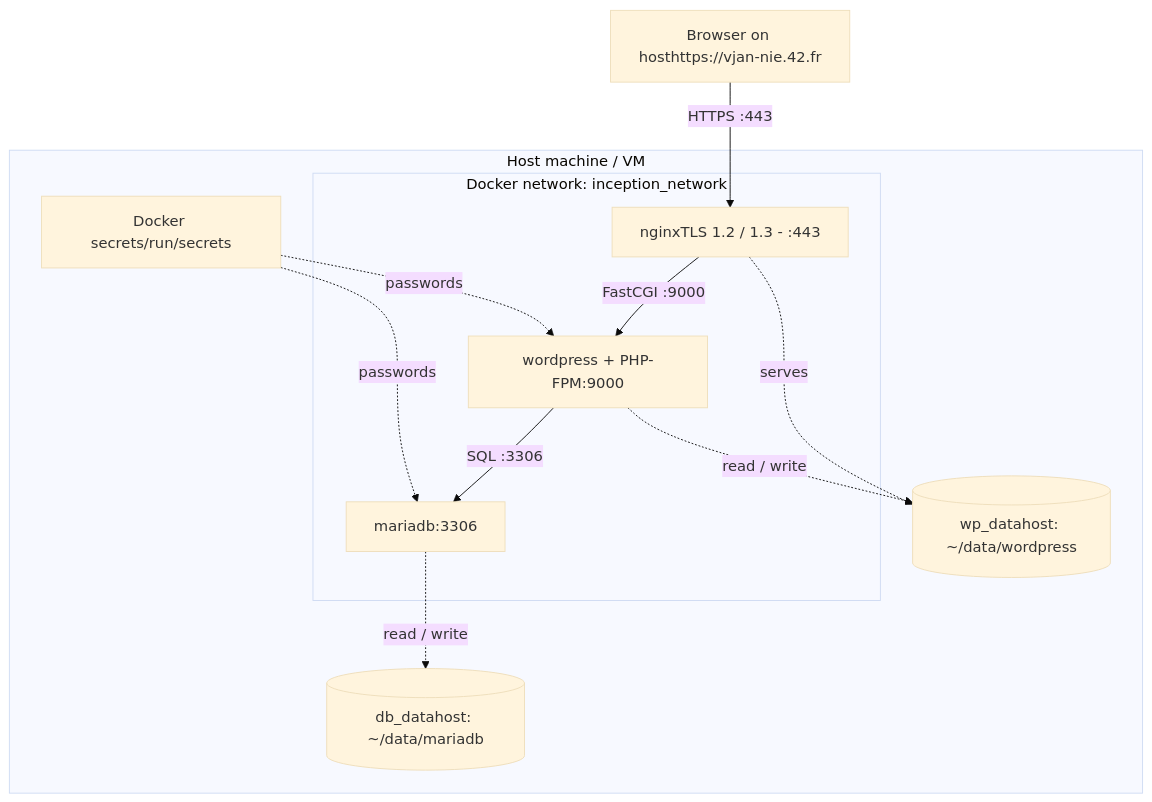
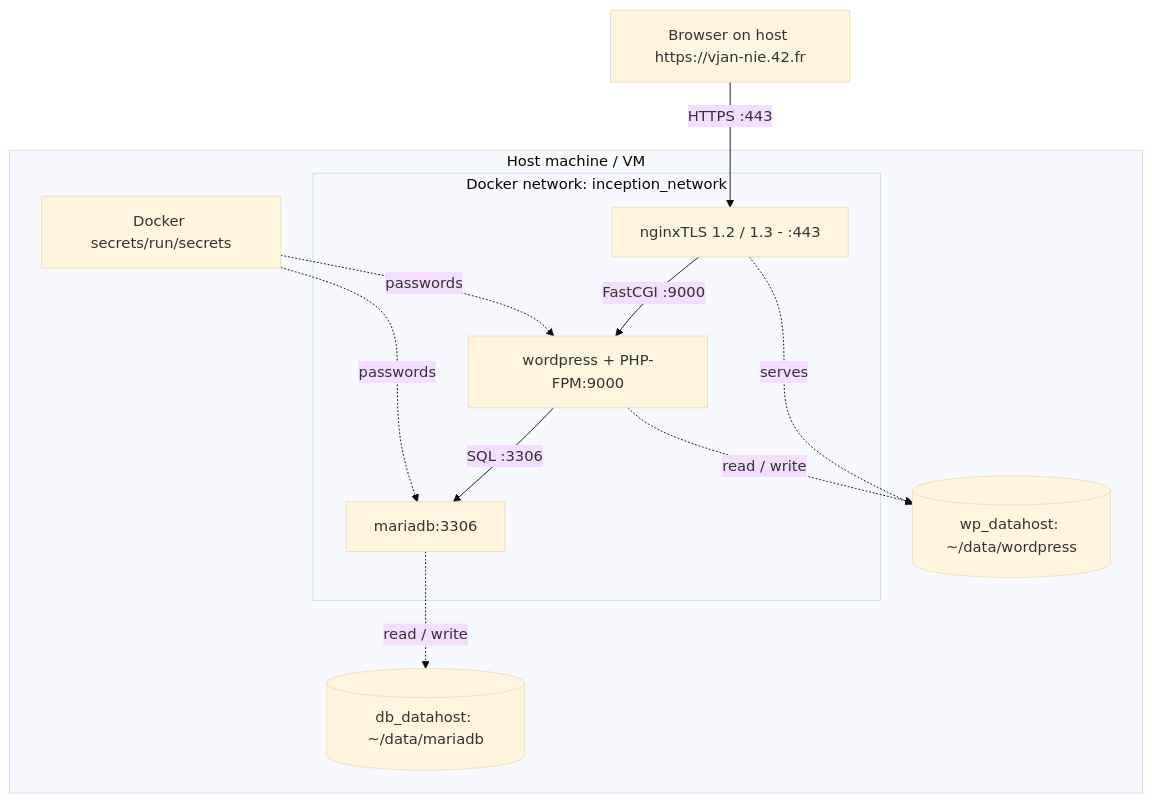
The diagram in README.md (vjan-nie/Inception), drawn with Mermaid (base theme) before and after one commit.

Commit message:
Correct browser host URL formatting
Fix formatting of browser host URL in README.

````diff
--- a/README.md
+++ b/README.md
@@ -11,24 +11,24 @@
 ```mermaid
 flowchart TB
-    browser["Browser on hosthttps://vjan-nie.42.fr"]
+    browser["Browser on host https://vjan-nie.42.fr"]
 
     subgraph host["Host machine / VM"]
         subgraph net["Docker network: inception_network"]
             nginx["nginxTLS 1.2 / 1.3 - :443"]
             wp["wordpress + PHP-FPM:9000"]
             db["mariadb:3306"]
         end
         wpvol[("wp_datahost: ~/data/wordpress")]
         dbvol[("db_datahost: ~/data/mariadb")]
         secrets["Docker secrets/run/secrets"]
     end
 
     browser -->|"HTTPS :443"| nginx
     nginx -->|"FastCGI :9000"| wp
     wp -->|"SQL :3306"| db
     nginx -.->|serves| wpvol
     wp -.->|read / write| wpvol
     db -.->|read / write| dbvol
     secrets -.->|passwords| db
     secrets -.->|passwords| wp
 ```
````
